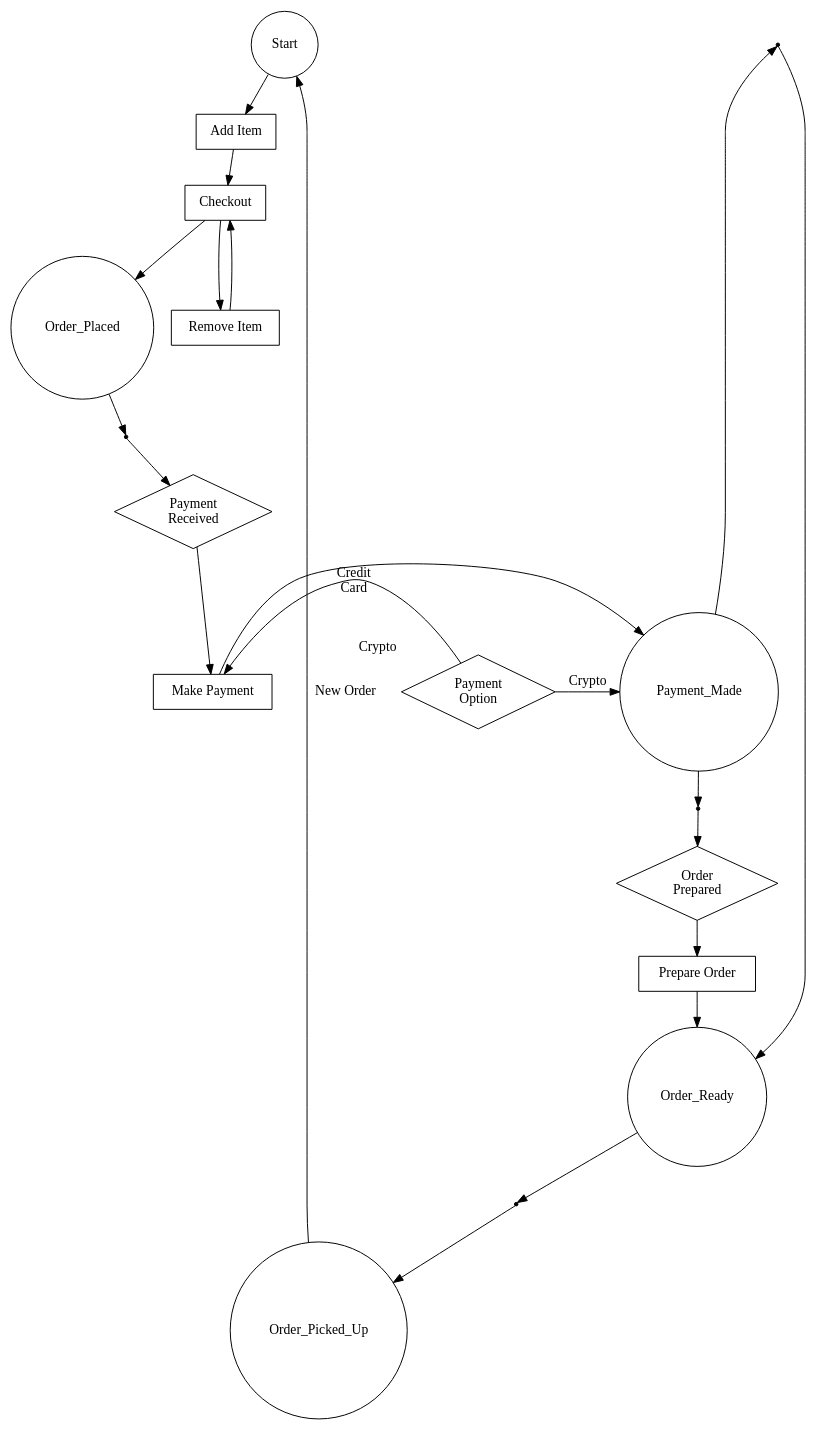
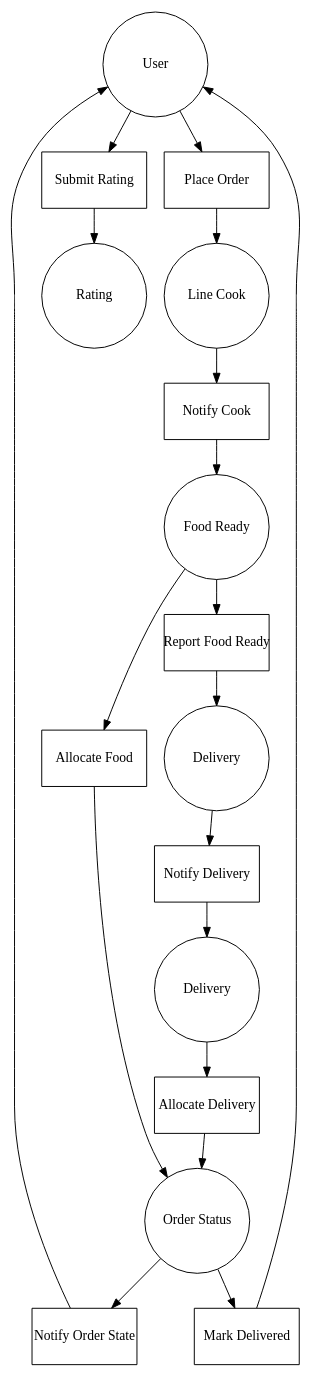
Before and after one commit to iandebeer/gleibnif: the diagram in petrinet4.dot, drawn with Graphviz. The commit also changed 23 other files, not shown here.

```diff
--- a/petrinet4.dot
+++ b/petrinet4.dot
@@ -1,43 +1,46 @@
-digraph fast_food_ordering_process {
-    node [shape=circle];
-    Start;
-    Order_Placed;
-    Payment_Made;
-    Order_Ready;
-    Order_Picked_Up;
-    node [shape=box];
-    Add_Item [label="Add Item"];
-    Remove_Item [label="Remove Item"];
-    Checkout [label="Checkout"];
-    Make_Payment [label="Make Payment"];
-    Prepare_Order [label="Prepare Order"];
-    node [shape=diamond];
-    Payment_Received [label="Payment\nReceived"];
-    Order_Prepared [label="Order\nPrepared"];
-    node [shape=point];
-    e1 [label=""];
-    e2 [label=""];
-    e3 [label=""];
-    e4 [label=""];
-    Start -> Add_Item;
-    Add_Item -> Checkout;
-    Checkout -> Remove_Item;
-    Remove_Item -> Checkout;
-    Checkout -> Order_Placed -> e1;
-    e1 -> Payment_Received;
-    Payment_Received -> Make_Payment;
-    Make_Payment -> Payment_Made -> e2;
-    e2 -> Order_Prepared;
-    Order_Prepared -> Prepare_Order;
-    Prepare_Order -> Order_Ready -> e3;
-    e3 -> Order_Picked_Up;
-    Order_Picked_Up -> Start [label="New Order"];
-    Payment_Made -> e4 -> Order_Ready;
-    {rank=same; Start, e4}
-    
-    node [shape=diamond, label="Payment\nOption", xlabel="Credit\nCard"];
-    Payment_Option_Card [shape=diamond, label="Payment\nOption", xlabel="Crypto"];
-    Payment_Option_Card -> Make_Payment [label="Credit\nCard"];
-    Payment_Option_Card -> Payment_Made [label="Crypto"];
-    {rank=same; Payment_Option_Card, Make_Payment, Payment_Made}
+digraph petri_net {
+  rankdir = TD;
+  node [shape=circle, fixedsize=true, width=1.5];
+
+  // Places
+  place_user [label="User"];
+  place_line_cook [label="Line Cook"];
+  place_food_ready [label="Food Ready"];
+  place_delivery [label="Delivery"];
+  place_order_status [label="Order Status"];
+  place_rating [label="Rating"];
+  place_delivery_unit [label="Delivery"];
+
+  // Transitions
+  node [shape=rectangle, fixedsize=true, width=1.5, height=0.8];
+
+  transition_place_order [label="Place Order"];
+  transition_notify_cook [label="Notify Cook"];
+  transition_allocate_food [label="Allocate Food"];
+  transition_notify_order_status [label="Notify Order State"];
+  transition_report_food_ready [label="Report Food Ready"];
+  transition_notify_delivery [label="Notify Delivery"];
+  transition_allocate_delivery_unit [label="Allocate Delivery"];
+  transition_mark_delivered [label="Mark Delivered"];
+  transition_submit_rating [label="Submit Rating"];
+
+  // Arcs
+  place_user -> transition_place_order;
+  transition_place_order -> place_line_cook;
+  place_line_cook -> transition_notify_cook;
+  transition_notify_cook -> place_food_ready;
+  place_food_ready -> transition_allocate_food;
+  transition_allocate_food -> place_order_status;
+  place_order_status -> transition_notify_order_status;
+  transition_notify_order_status -> place_user;
+  place_food_ready -> transition_report_food_ready;
+  transition_report_food_ready -> place_delivery;
+  place_delivery -> transition_notify_delivery;
+  transition_notify_delivery -> place_delivery_unit;
+  place_delivery_unit -> transition_allocate_delivery_unit;
+  transition_allocate_delivery_unit -> place_order_status;
+  place_order_status -> transition_mark_delivered;
+  transition_mark_delivered -> place_user;
+  place_user -> transition_submit_rating;
+  transition_submit_rating -> place_rating;
 }
```
